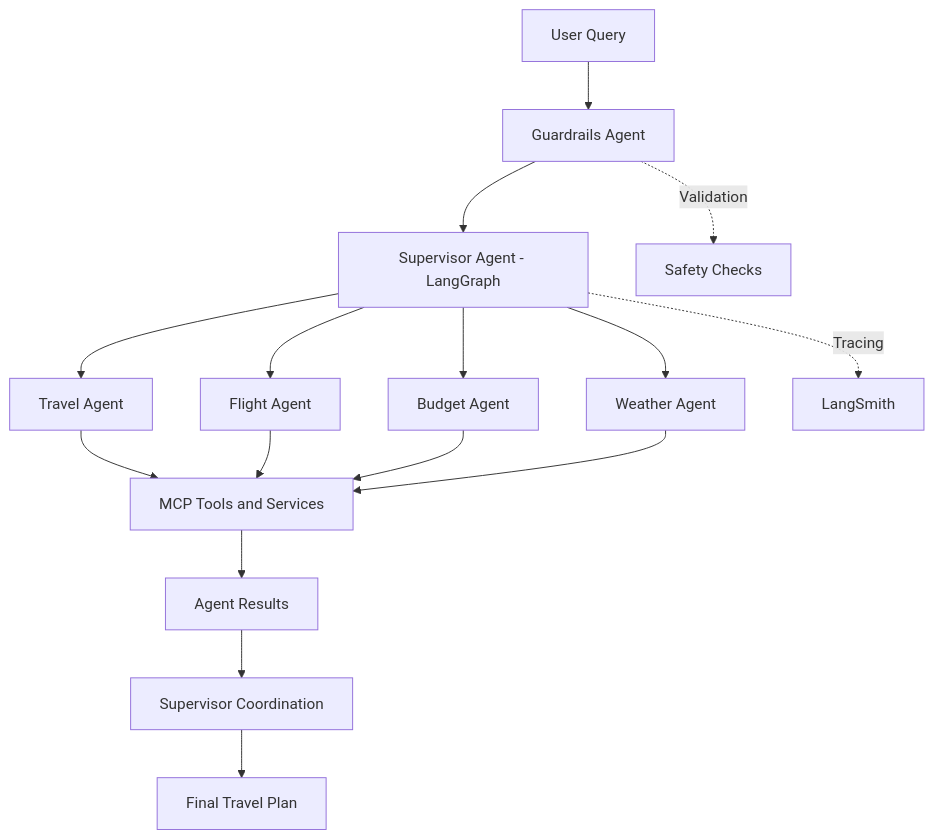
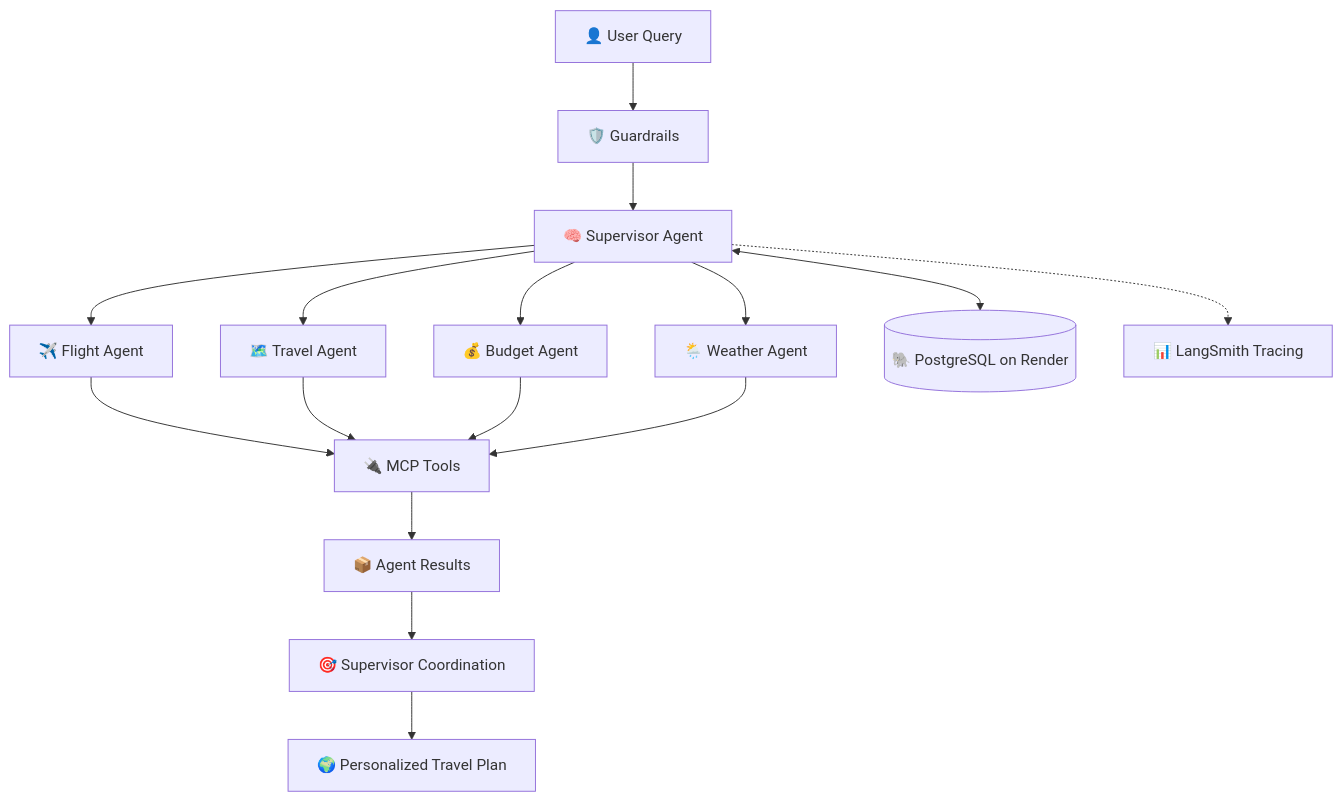
One commit to prakhar25-patel/TripPilot-AI-Multi-Agent-AI-System-with-LangGraph-MCP-Supervisor-Guardrails-Safety-HITL changed the diagram in README.md. Above: the diagram before and after it, drawn with Mermaid. The commit also changed other lines of this file, not shown here.

````diff
--- a/README.md
+++ b/README.md
@@ -22,22 +44,22 @@
 ```mermaid
 flowchart TD
-    A[User Query] --> B[Guardrails Agent]
-    B --> C[Supervisor Agent - LangGraph]
+    A["👤 User Query"] --> B["🛡️ Guardrails"]
+    B --> C["🧠 Supervisor Agent"]
 
-    C --> D[Travel Agent]
-    C --> E[Flight Agent]
-    C --> F[Budget Agent]
-    C --> G[Weather Agent]
+    C --> D["✈️ Flight Agent"]
+    C --> E["🗺️ Travel Agent"]
+    C --> F["💰 Budget Agent"]
+    C --> G["🌦️ Weather Agent"]
 
-    D --> H[MCP Tools and Services]
+    D --> H["🔌 MCP Tools"]
     E --> H
     F --> H
     G --> H
 
-    H --> I[Agent Results]
-    I --> J[Supervisor Coordination]
-    J --> K[Final Travel Plan]
+    H --> I["📦 Agent Results"]
+    I --> J["🎯 Supervisor Coordination"]
+    J --> K["🌍 Personalized Travel Plan"]
 
-    C -. Tracing .-> L[LangSmith]
-    B -. Validation .-> M[Safety Checks]
+    C <--> L[("🐘 PostgreSQL on Render")]
+    C -.-> M["📊 LangSmith Tracing"]
 ```
````
